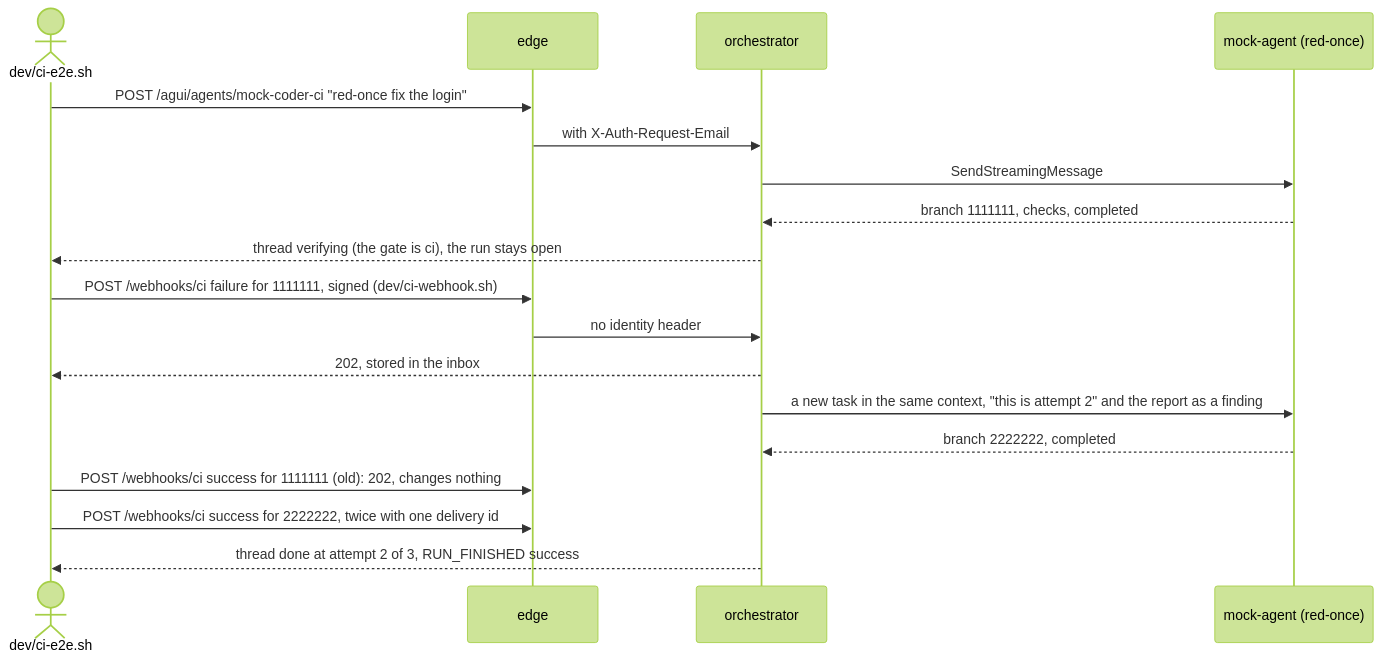
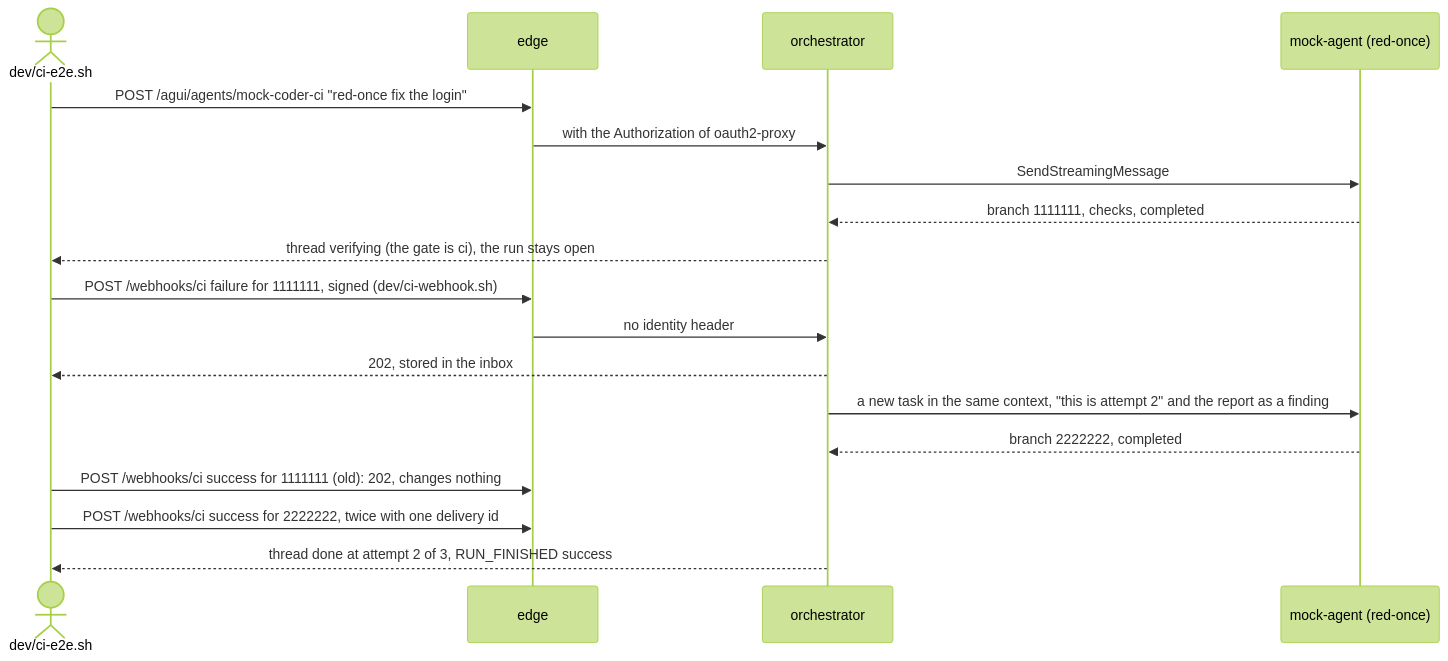
Diagram 27 of 31 in dev/README.md (vymalo/another-agentic-system), drawn with Mermaid (forest theme) before and after one commit. The commit also changed other lines of this file and 43 other files, not shown here.

First line of the commit message:
build(dev): a mock OIDC issuer and oauth2-proxy in front of the stack (ADR 0033, S16) (#113)

````diff
--- a/dev/README.md
+++ b/dev/README.md
@@ -1669,20 +1767,20 @@
 ```mermaid
 sequenceDiagram
   actor U as dev/ci-e2e.sh
   participant E as edge
   participant O as orchestrator
   participant M as mock-agent (red-once)
   U->>E: POST /agui/agents/mock-coder-ci "red-once fix the login"
-  E->>O: with X-Auth-Request-Email
+  E->>O: with the Authorization of oauth2-proxy
   O->>M: SendStreamingMessage
   M-->>O: branch 1111111, checks, completed
   O-->>U: thread verifying (the gate is ci), the run stays open
   U->>E: POST /webhooks/ci failure for 1111111, signed (dev/ci-webhook.sh)
   E->>O: no identity header
   O-->>U: 202, stored in the inbox
   O->>M: a new task in the same context, "this is attempt 2" and the report as a finding
   M-->>O: branch 2222222, completed
   U->>E: POST /webhooks/ci success for 1111111 (old): 202, changes nothing
   U->>E: POST /webhooks/ci success for 2222222, twice with one delivery id
   O-->>U: thread done at attempt 2 of 3, RUN_FINISHED success
 ```
````
